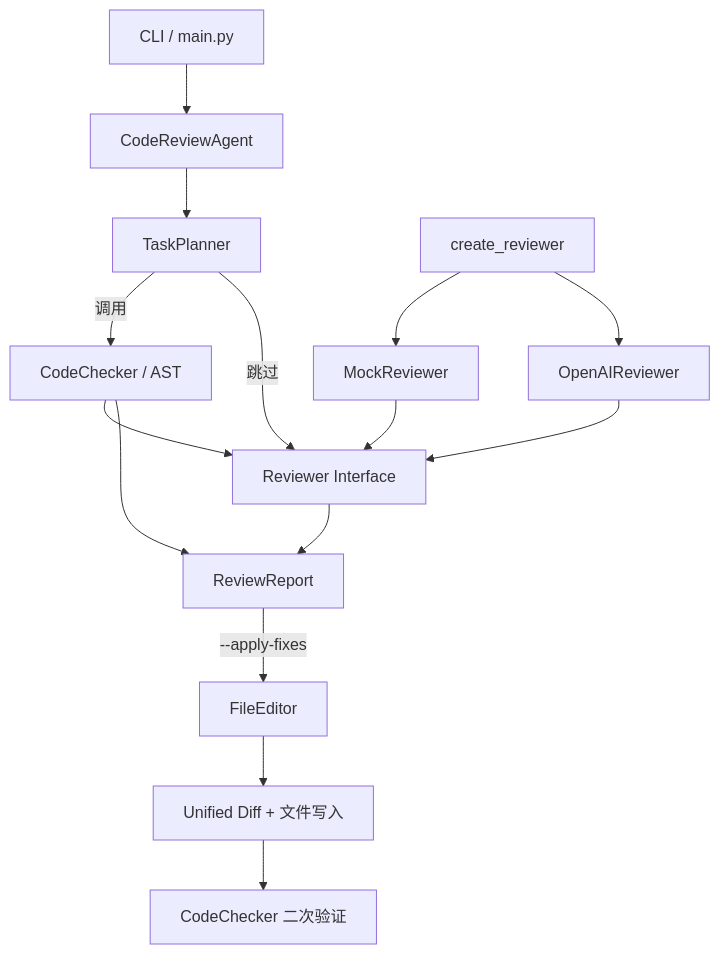
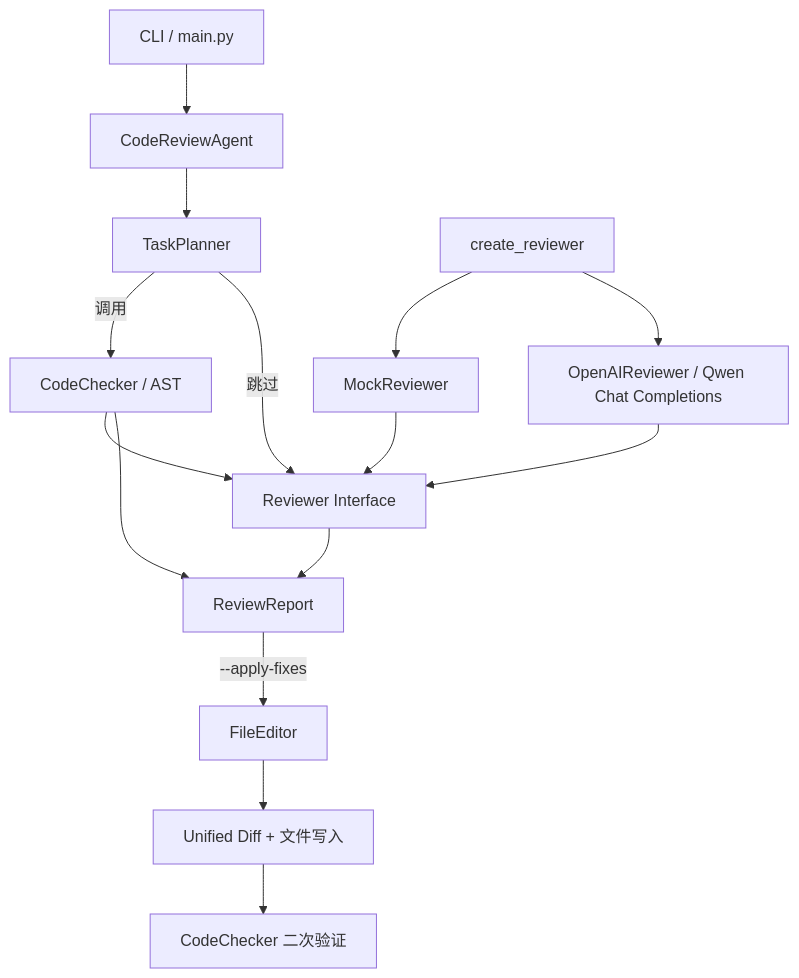
The diagram in README.md (adogfm/code-review-agent), drawn with Mermaid before and after one commit. The commit also changed other lines of this file and 7 other files, not shown here.

````diff
--- a/README.md
+++ b/README.md
@@ -19,17 +19,17 @@
 ```mermaid
 flowchart TD
     CLI[CLI / main.py] --> Agent[CodeReviewAgent]
     Agent --> Planner[TaskPlanner]
     Planner -->|调用| Checker[CodeChecker / AST]
     Planner -->|跳过| Reviewer
     Checker --> Reviewer[Reviewer Interface]
     Factory[create_reviewer] --> Mock[MockReviewer]
-    Factory --> OpenAI[OpenAIReviewer]
+    Factory --> OpenAI[OpenAIReviewer / Qwen Chat Completions]
     Mock --> Reviewer
     OpenAI --> Reviewer
     Reviewer --> Report[ReviewReport]
     Checker --> Report
     Report -->|--apply-fixes| Editor[FileEditor]
     Editor --> Patch[Unified Diff + 文件写入]
     Patch --> Verify[CodeChecker 二次验证]
 ```
````
